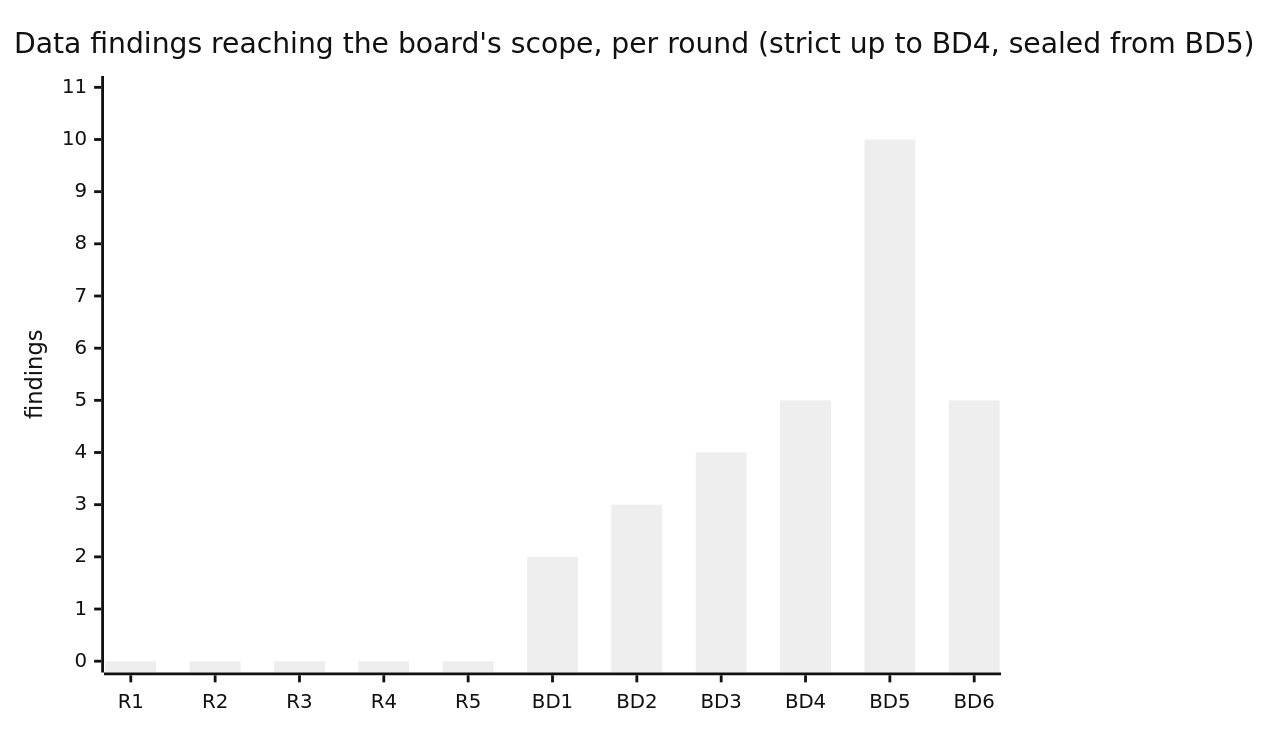
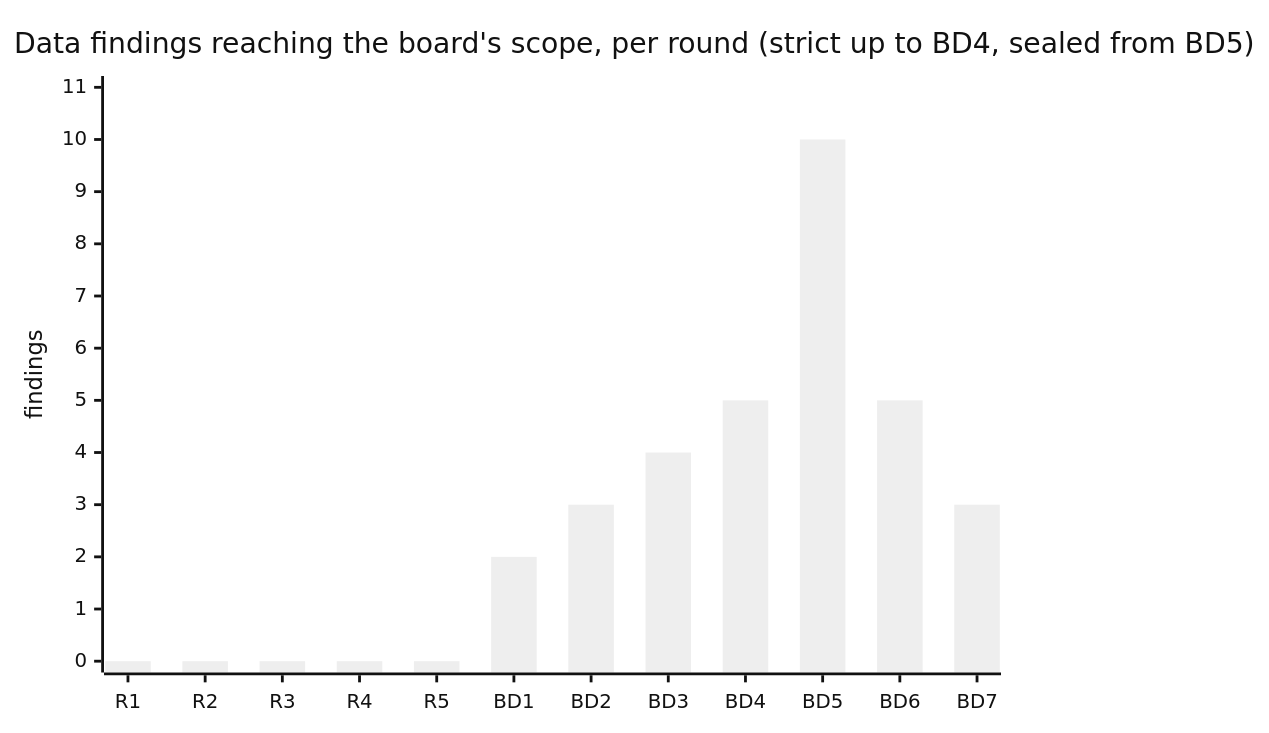
One commit to MentalGear/web-sandbox changed the diagram in docs/research/22_review_trajectory/README.md. Above: the diagram before and after it, drawn with Mermaid (neutral theme). The commit also changed other lines of this file and 76 other files, not shown here.

````diff
--- a/docs/research/22_review_trajectory/README.md
+++ b/docs/research/22_review_trajectory/README.md
@@ -64,7 +72,7 @@
 ```mermaid
 xychart-beta
     title "Data findings reaching the board's scope, per round (strict up to BD4, sealed from BD5)"
-    x-axis [R1, R2, R3, R4, R5, BD1, BD2, BD3, BD4, BD5, BD6]
+    x-axis [R1, R2, R3, R4, R5, BD1, BD2, BD3, BD4, BD5, BD6, BD7]
     y-axis "findings" 0 --> 11
-    bar [0, 0, 0, 0, 0, 2, 3, 4, 5, 10, 5]
+    bar [0, 0, 0, 0, 0, 2, 3, 4, 5, 10, 5, 3]
 ```
````
